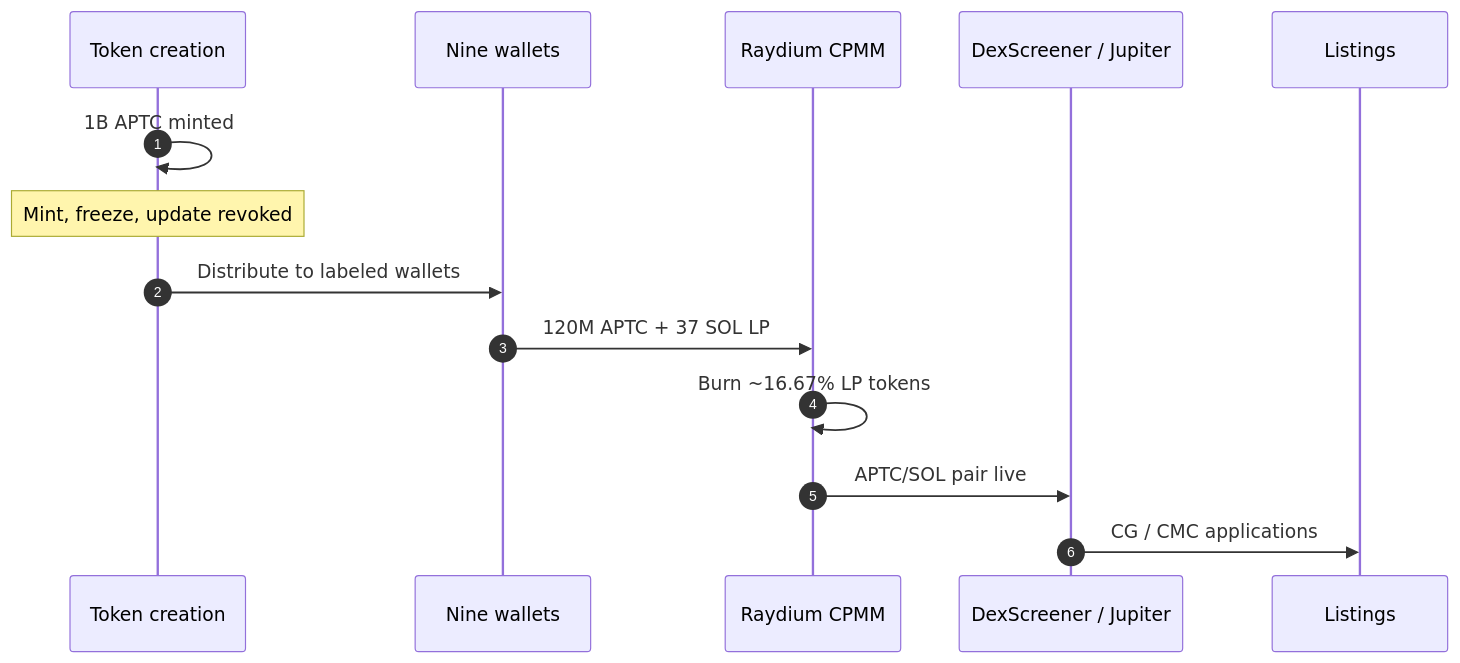
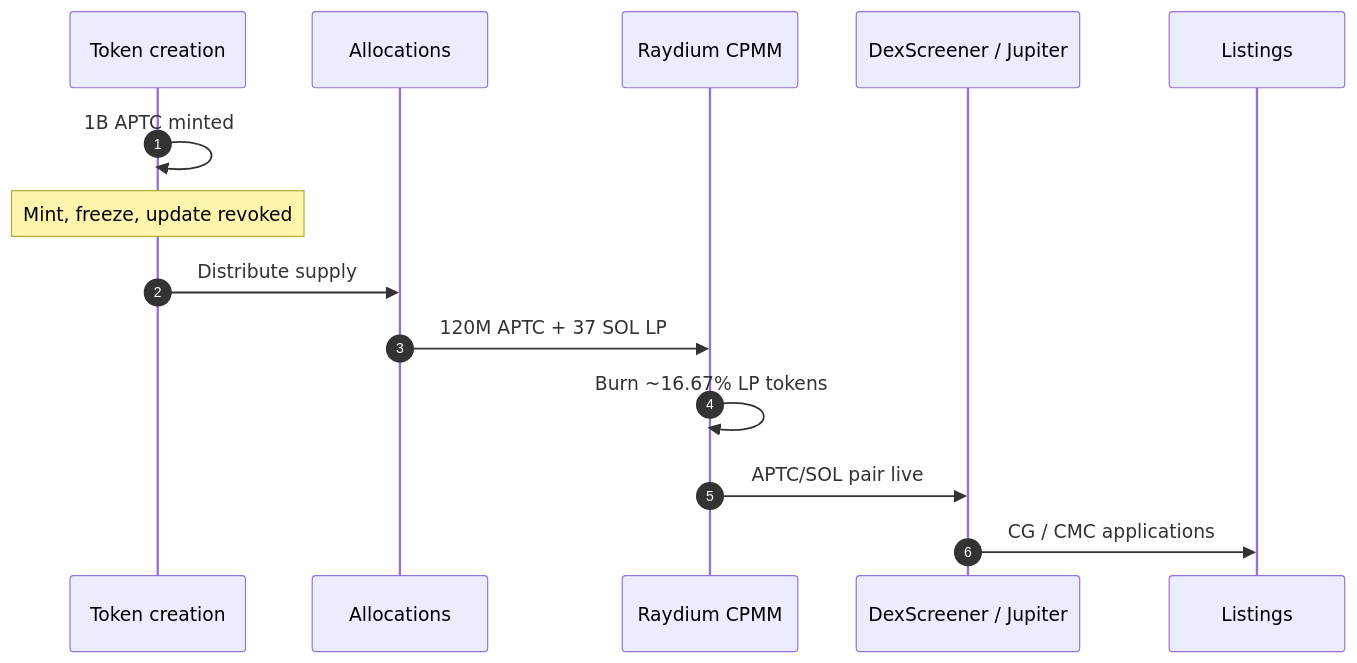
Before and after one commit to AmaanSayyad/apt-casino: the first of 3 diagrams in docs/APTC_TOKENOMICS.md, drawn with Mermaid. The commit also changed 16 other files, not shown here.

````diff
--- a/docs/APTC_TOKENOMICS.md
+++ b/docs/APTC_TOKENOMICS.md
@@ -32,17 +32,17 @@
 ```mermaid
 sequenceDiagram
     autonumber
     participant T as Token creation
-    participant W as Nine wallets
+    participant W as Allocations
     participant R as Raydium CPMM
     participant D as DexScreener / Jupiter
     participant L as Listings
 
     T->>T: 1B APTC minted
     Note over T: Mint, freeze, update revoked
-    T->>W: Distribute to labeled wallets
+    T->>W: Distribute supply
     W->>R: 120M APTC + 37 SOL LP
     R->>R: Burn ~16.67% LP tokens
     R->>D: APTC/SOL pair live
     D->>L: CG / CMC applications
 ```
````
